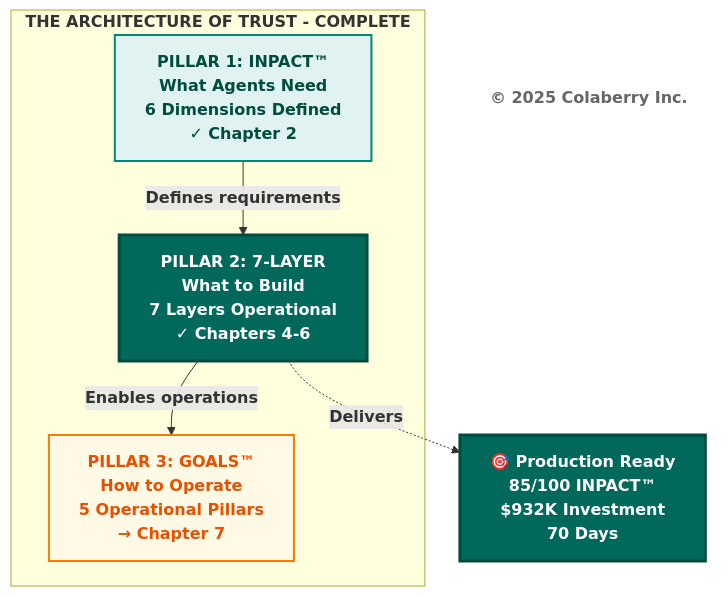
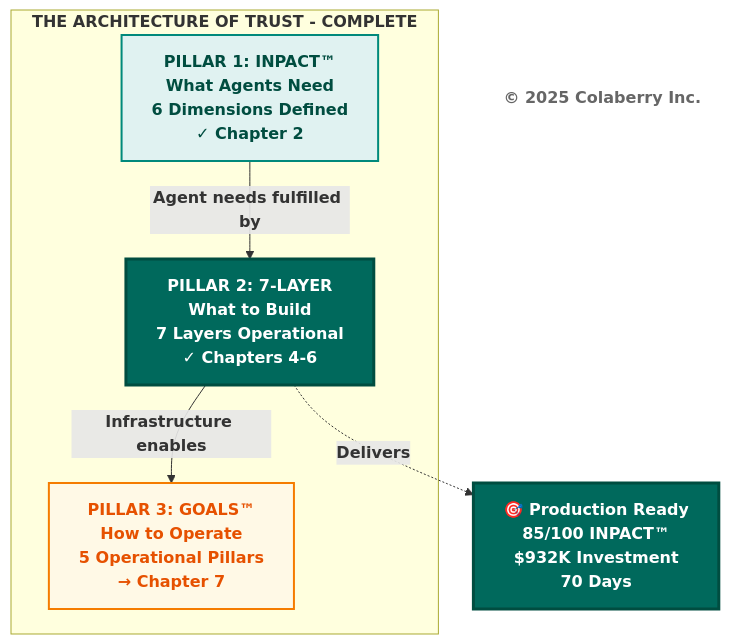
Before and after one commit to saitejesh-cyber/trust-before-intelligence-book: diagram 13 of 13 in manuscript/chapter_6_transparency_orchestration_layers_v1_8.md, drawn with Mermaid. The commit also changed other lines of this file, not shown here.

First line of the commit message:
Updated chapter 6 with better diagrams

````diff
--- a/manuscript/chapter_6_transparency_orchestration_layers_v1_8.md
+++ b/manuscript/chapter_6_transparency_orchestration_layers_v1_8.md
@@ -1225,22 +1205,22 @@
 ```mermaid
 graph TB
     subgraph "<b>THE ARCHITECTURE OF TRUST - COMPLETE</b>"
         P1["<b>PILLAR 1: INPACT™</b><br/><b>What Agents Need</b><br/><b>6 Dimensions Defined</b><br/><b>✓ Chapter 2</b>"]
         P2["<b>PILLAR 2: 7-LAYER</b><br/><b>What to Build</b><br/><b>7 Layers Operational</b><br/><b>✓ Chapters 4-6</b>"]
         P3["<b>PILLAR 3: GOALS™</b><br/><b>How to Operate</b><br/><b>5 Operational Pillars</b><br/><b>→ Chapter 7</b>"]
     end
     
     Result["<b>🎯 Production Ready</b><br/><b>85/100 INPACT™</b><br/><b>$932K Investment</b><br/><b>70 Days</b>"]
     
     Copyright["<b>© 2025 Colaberry Inc.</b>"]
     
-    P1 -->|<b>Defines requirements</b>| P2
-    P2 -->|<b>Enables operations</b>| P3
+    P1 -->|<b>Agent needs fulfilled by</b>| P2
+    P2 -->|<b>Infrastructure enables</b>| P3
     P2 -.->|<b>Delivers</b>| Result
     
     style P1 fill:#e0f2f1,stroke:#00897b,stroke-width:2px,color:#004d40
     style P2 fill:#00695c,color:#ffffff,stroke:#004d40,stroke-width:3px
     style P3 fill:#fff9e6,stroke:#f57c00,stroke-width:2px,color:#e65100
     style Result fill:#00695c,color:#ffffff,stroke:#004d40,stroke-width:3px
     style Copyright fill:#ffffff,stroke:none,color:#666666
 ```
````
